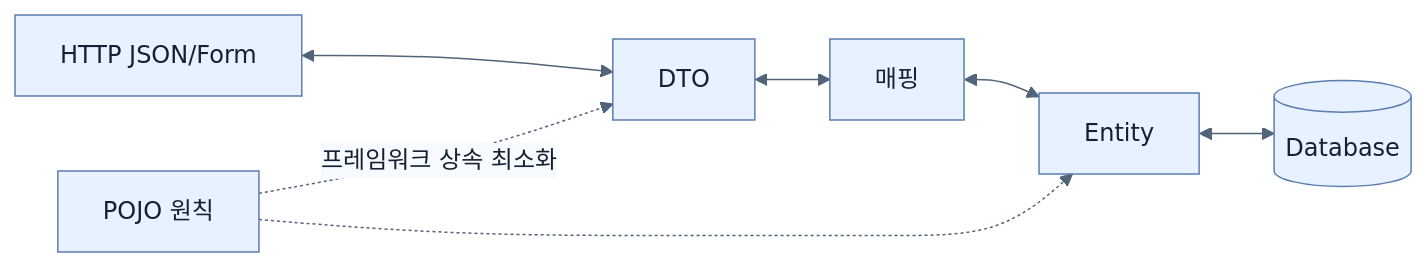
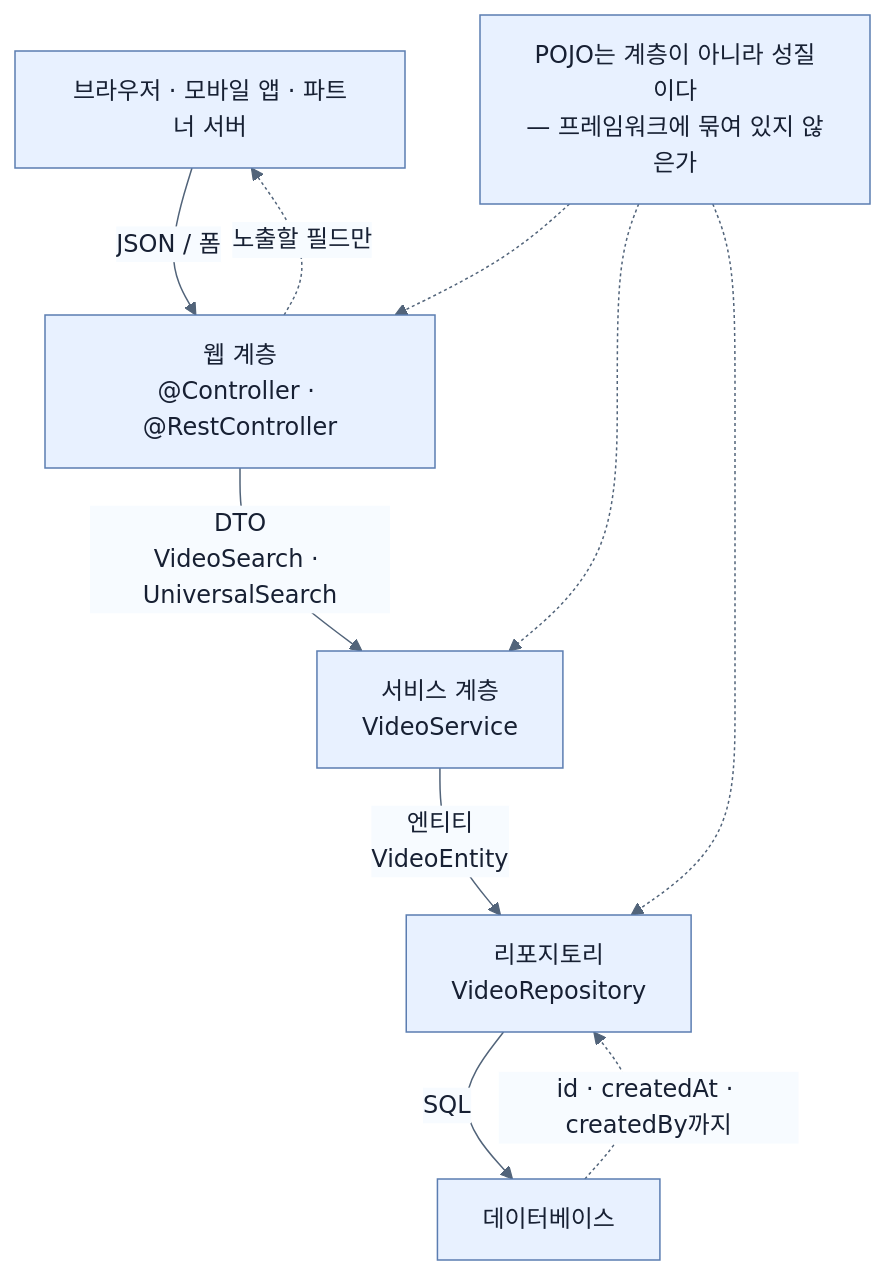
The diagram in spring-boot-4-pdf-notes/part-2-creating-an-application-with-spring-boot/chapter-3-querying-for-data-with-spring-boot/02-dtos-entities-and-pojos.md (sing-u8/Learning_Spring_Boot_4), drawn with Mermaid before and after one commit. The commit also changed other lines of this file and 253 other files, not shown here.

````diff
--- a/spring-boot-4-pdf-notes/part-2-creating-an-application-with-spring-boot/chapter-3-querying-for-data-with-spring-boot/02-dtos-entities-and-pojos.md
+++ b/spring-boot-4-pdf-notes/part-2-creating-an-application-with-spring-boot/chapter-3-querying-for-data-with-spring-boot/02-dtos-entities-and-pojos.md
@@ -28,10 +135,13 @@
 ```mermaid
 %%{init: {'theme': 'base', 'themeVariables': {'background': '#ffffff', 'primaryColor': '#e8f1ff', 'primaryTextColor': '#172033', 'primaryBorderColor': '#5b7db1', 'lineColor': '#52647a', 'secondaryColor': '#f7fbff', 'tertiaryColor': '#fff7df'}}}%%
-flowchart LR
-    API[HTTP JSON/Form] <--> D[DTO]
-    D <--> M[매핑]
-    M <--> E[Entity]
-    E <--> DB[(Database)]
-    P[POJO 원칙] -. 프레임워크 상속 최소화 .-> D
-    P -.-> E
+flowchart TB
+    C["브라우저 · 모바일 앱 · 파트너 서버"] -- "JSON / 폼" --> W["웹 계층<br/>@Controller · @RestController"]
+    W -- "DTO<br/>VideoSearch · UniversalSearch" --> S["서비스 계층<br/>VideoService"]
+    S -- "엔티티<br/>VideoEntity" --> R["리포지토리<br/>VideoRepository"]
+    R -- "SQL" --> DB["데이터베이스"]
+    W -. "노출할 필드만" .-> C
+    DB -. "id · createdAt · createdBy까지" .-> R
+    P["POJO는 계층이 아니라 성질이다<br/>— 프레임워크에 묶여 있지 않은가"] -.-> W
+    P -.-> S
+    P -.-> R
 ```
````
